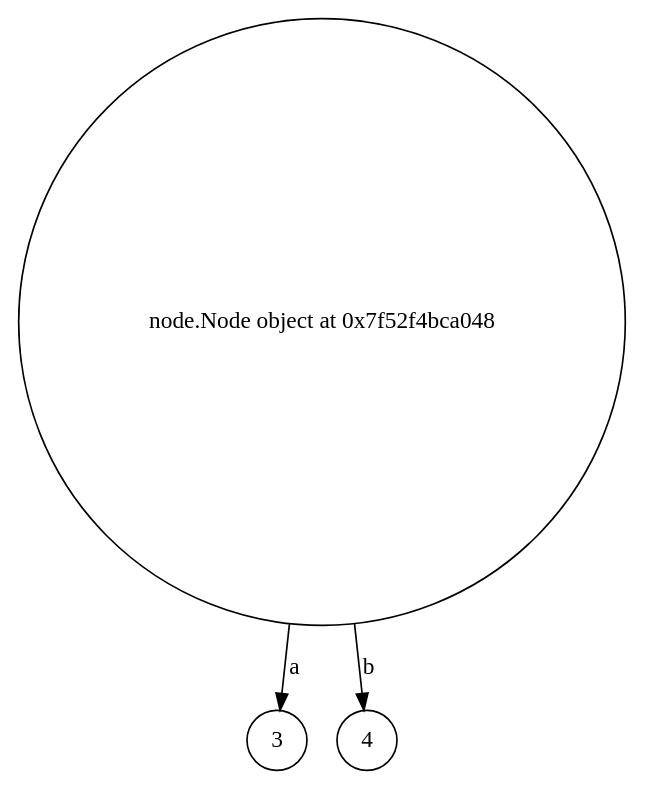
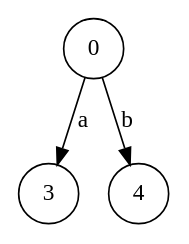
The diagram in projeto_1/test-output/graph.gv (igorbragaia/CTC-34), drawn with Graphviz before and after one commit. The commit also changed 3 other files, not shown here.

```diff
--- a/projeto_1/test-output/graph.gv
+++ b/projeto_1/test-output/graph.gv
@@ -1,7 +1,7 @@
 digraph {
-	<node.Node object at 0x7f52f4bca048> [shape=circle]
+	0 [shape=circle]
 	3 [shape=circle]
 	4 [shape=circle]
-	<node.Node object at 0x7f52f4bca048> -> 3 [label=a]
-	<node.Node object at 0x7f52f4bca048> -> 4 [label=b]
+	0 -> 3 [label=a]
+	0 -> 4 [label=b]
 }
```
